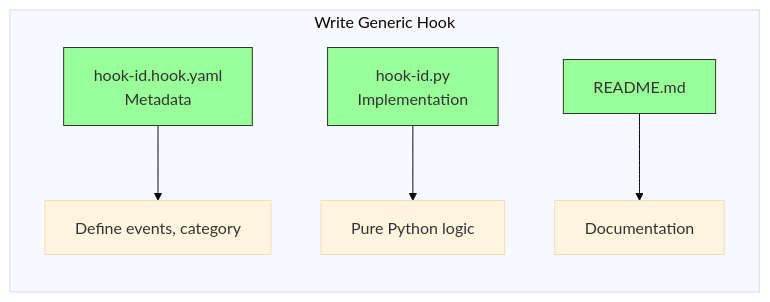
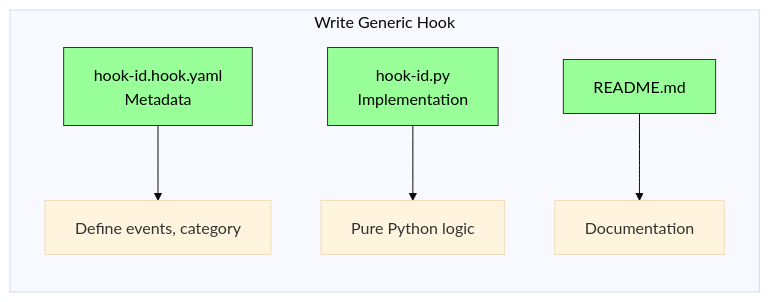
Before and after one commit to AgentParadise/agentic-primitives: the second of 12 diagrams in docs/architecture/hooks-system-overview.md, drawn with Mermaid (base theme). The commit also changed other lines of this file and 56 other files, not shown here.

First line of the commit message:
feat(hooks): implement self-logging analytics architecture

````diff
--- a/docs/architecture/hooks-system-overview.md
+++ b/docs/architecture/hooks-system-overview.md
@@ -57,12 +57,12 @@
 ```mermaid
 graph LR
     subgraph "Write Generic Hook"
         A[hook-id.hook.yaml<br/>Metadata] --> B[Define events, category]
         C[hook-id.py<br/>Implementation] --> D[Pure Python logic]
         E[README.md] --> F[Documentation]
     end
     
-    style A fill:#9f9,stroke:#333
-    style C fill:#9f9,stroke:#333
-    style E fill:#9f9,stroke:#333
+    style A fill:#9f9,stroke:#333,color:#000
+    style C fill:#9f9,stroke:#333,color:#000
+    style E fill:#9f9,stroke:#333,color:#000
 ```
````
